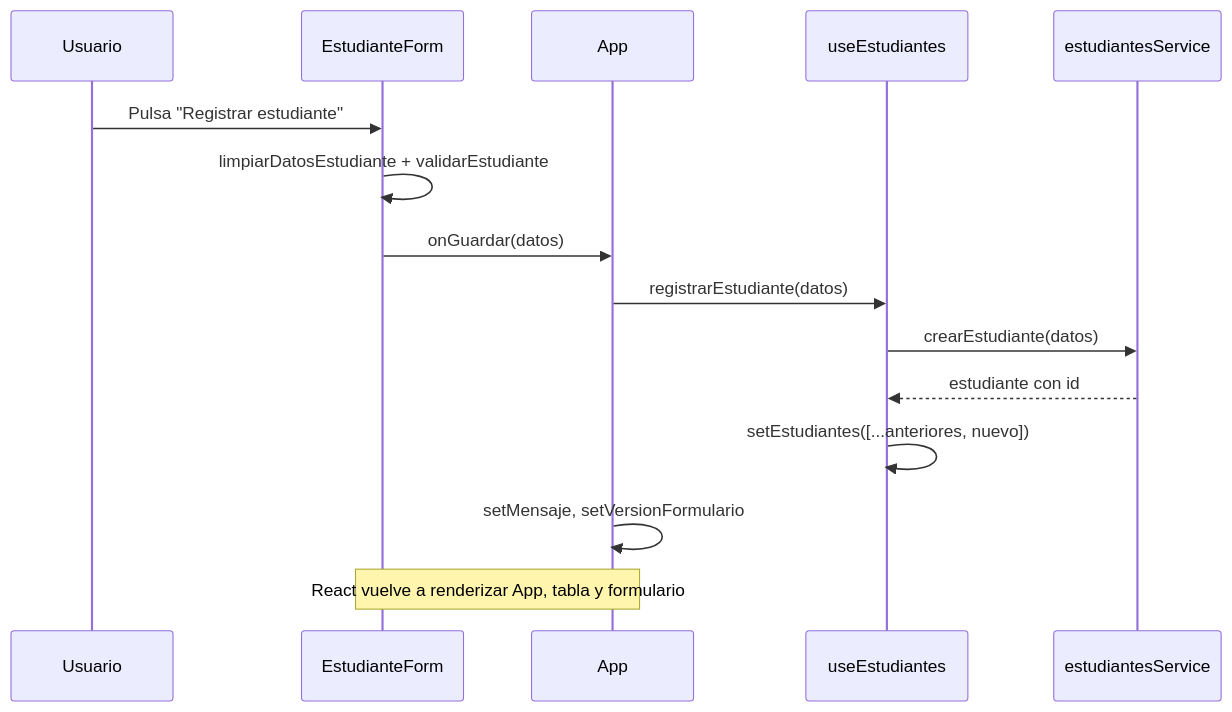
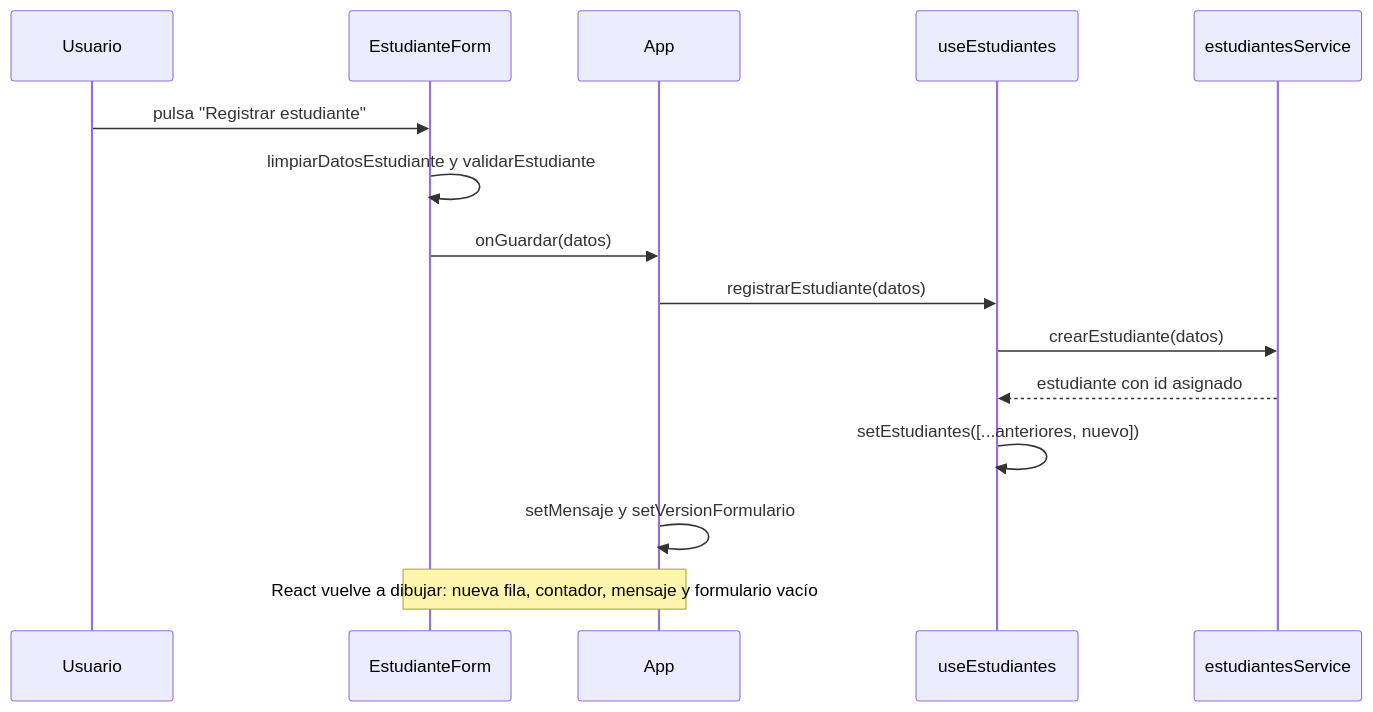
Before and after one commit to jperezgtdev/legacy-react-umg: the tenth of 13 diagrams in GUIA_PRESENTACION_COMPARATIVA.md, drawn with Mermaid. The commit also changed other lines of this file and 1 other file, not shown here.

````diff
--- a/GUIA_PRESENTACION_COMPARATIVA.md
+++ b/GUIA_PRESENTACION_COMPARATIVA.md
@@ -518,17 +1069,17 @@
 ```mermaid
 sequenceDiagram
   participant U as Usuario
   participant F as EstudianteForm
   participant A as App
   participant H as useEstudiantes
   participant S as estudiantesService
-  U->>F: Pulsa "Registrar estudiante"
-  F->>F: limpiarDatosEstudiante + validarEstudiante
+  U->>F: pulsa "Registrar estudiante"
+  F->>F: limpiarDatosEstudiante y validarEstudiante
   F->>A: onGuardar(datos)
   A->>H: registrarEstudiante(datos)
   H->>S: crearEstudiante(datos)
-  S-->>H: estudiante con id
+  S-->>H: estudiante con id asignado
   H->>H: setEstudiantes([...anteriores, nuevo])
-  A->>A: setMensaje, setVersionFormulario
-  Note over A,F: React vuelve a renderizar App, tabla y formulario
+  A->>A: setMensaje y setVersionFormulario
+  Note over A,F: React vuelve a dibujar: nueva fila, contador, mensaje y formulario vacío
 ```
````
